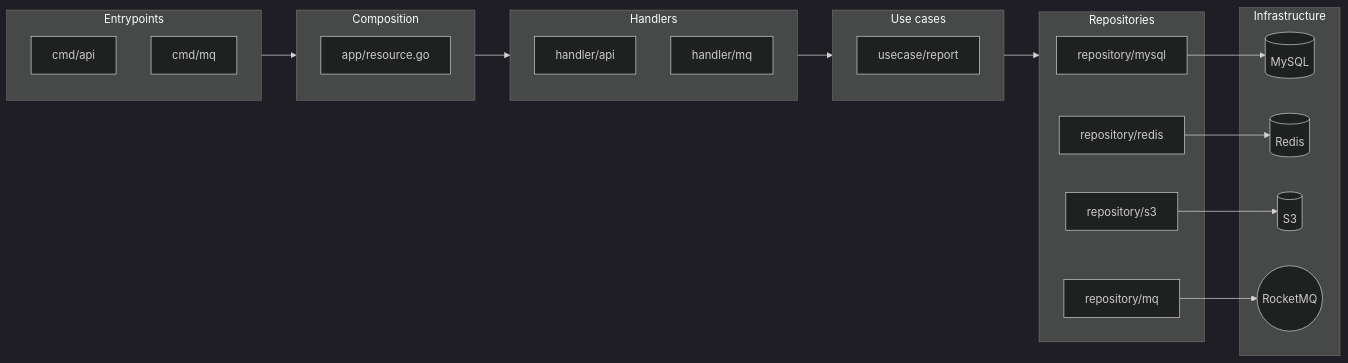
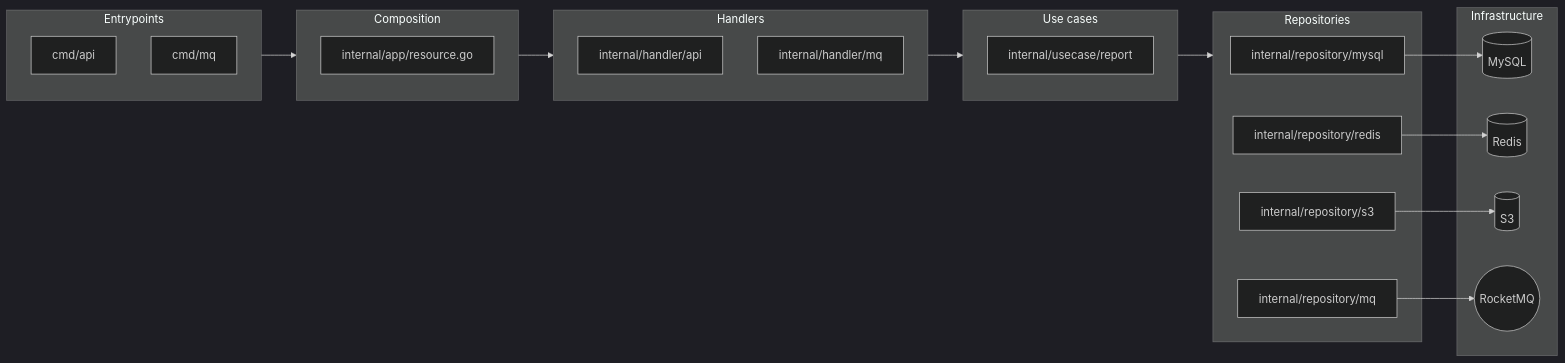
The second of 10 diagrams in README.md (fikrimohammad/efficient-report-exporter), drawn with Mermaid (dark theme) before and after one commit. The commit also changed other lines of this file and 177 other files, not shown here.

````diff
--- a/README.md
+++ b/README.md
@@ -192,43 +192,43 @@
 ```mermaid
 flowchart LR
     subgraph entry["Entrypoints"]
         C1["cmd/api"]
         C2["cmd/mq"]
     end
 
     subgraph composition["Composition"]
-        APP["app/resource.go"]
+        APP["internal/app/resource.go"]
     end
 
     subgraph handlers["Handlers"]
-        H1["handler/api"]
-        H2["handler/mq"]
+        H1["internal/handler/api"]
+        H2["internal/handler/mq"]
     end
 
     subgraph usecases["Use cases"]
-        UC["usecase/report"]
+        UC["internal/usecase/report"]
     end
 
     subgraph repos["Repositories"]
-        R1["repository/mysql"]
-        R2["repository/redis"]
-        R3["repository/s3"]
-        R4["repository/mq"]
+        R1["internal/repository/mysql"]
+        R2["internal/repository/redis"]
+        R3["internal/repository/s3"]
+        R4["internal/repository/mq"]
     end
 
     subgraph infra["Infrastructure"]
         DB[(MySQL)]
         RD[(Redis)]
         S3[(S3)]
         RMQ(("RocketMQ"))
     end
 
     entry --> composition
     composition --> handlers
     handlers --> usecases
     usecases --> repos
     R1 --> DB
     R2 --> RD
     R3 --> S3
     R4 --> RMQ
 ```
````
